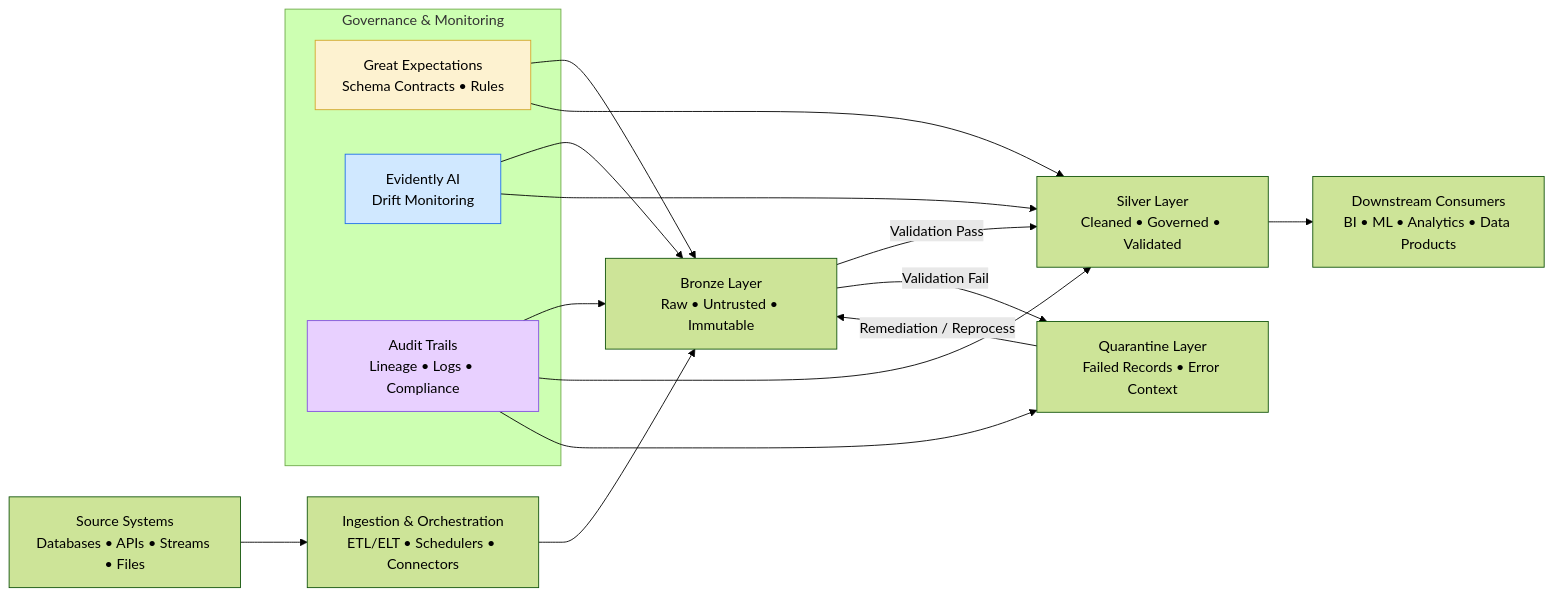
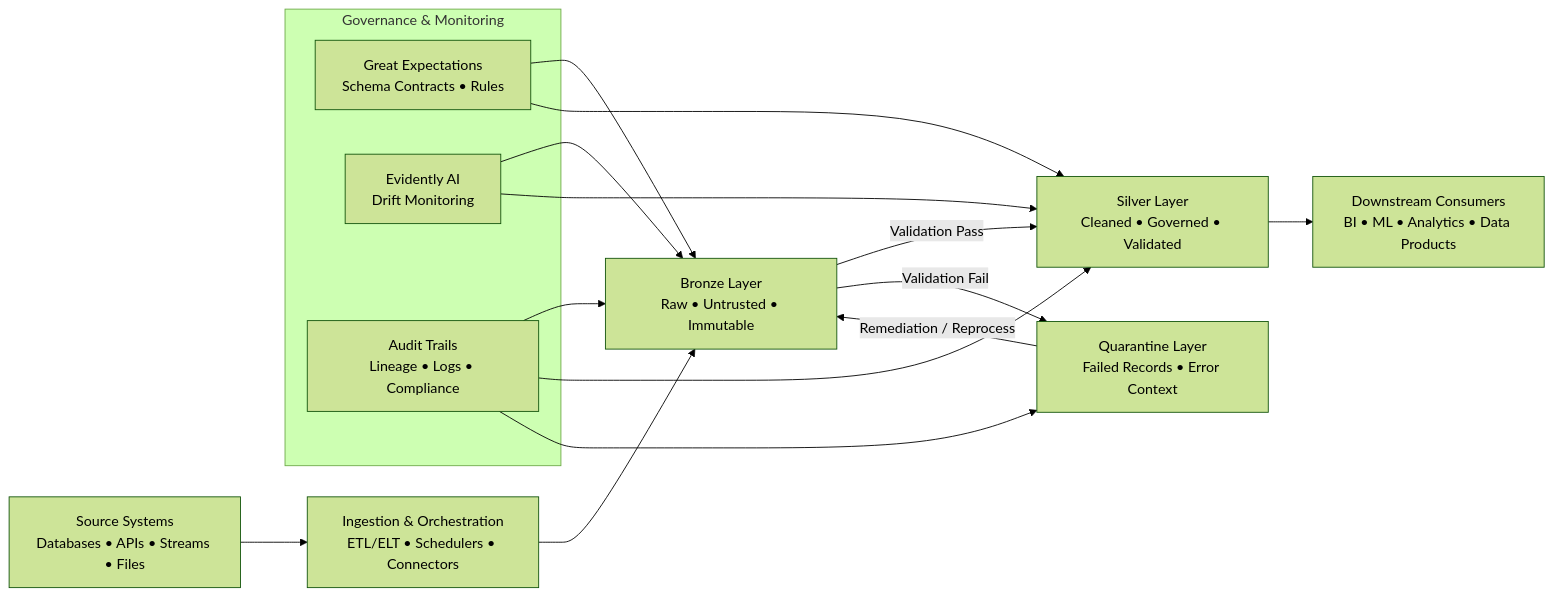
Before and after one commit to vrrgithub1/auditable-data-pipeline-governance: the diagram in README.md, drawn with Mermaid (forest theme). The commit also changed other lines of this file, not shown here.

Commit message:
README Updates from 3rd May 2026

````diff
--- a/README.md
+++ b/README.md
@@ -24,46 +25,27 @@
 ```mermaid
 flowchart LR
-    %% =========================
-    %% SOURCE & INGESTION
-    %% =========================
     A[Source Systems<br/>Databases • APIs • Streams • Files] --> B[Ingestion & Orchestration<br/>ETL/ELT • Schedulers • Connectors]
 
-    %% =========================
-    %% MEDALLION LAYERS
-    %% =========================
     B --> C[Bronze Layer<br/>Raw • Untrusted • Immutable]
 
     C -->|Validation Pass| D[Silver Layer<br/>Cleaned • Governed • Validated]
     C -->|Validation Fail| E[Quarantine Layer<br/>Failed Records • Error Context]
 
     E -->|Remediation / Reprocess| C
 
-    %% =========================
-    %% GOVERNANCE FRAMEWORKS
-    %% =========================
     subgraph Governance & Monitoring
-        GE[Great Expectations<br/>Schema Contracts • Rules]:::ge
-        EV[Evidently AI<br/>Drift Monitoring]:::ev
-        AT[Audit Trails<br/>Lineage • Logs • Compliance]:::at
+        GE[Great Expectations<br/>Schema Contracts • Rules]
+        EV[Evidently AI<br/>Drift Monitoring]
+        AT[Audit Trails<br/>Lineage • Logs • Compliance]
     end
 
     GE --> C
     GE --> D
     EV --> C
     EV --> D
     AT --> C
     AT --> D
     AT --> E
 
-    %% =========================
-    %% DOWNSTREAM
-    %% =========================
     D --> F[Downstream Consumers<br/>BI • ML • Analytics • Data Products]
-
-    %% =========================
-    %% STYLES
-    %% =========================
-    classDef ge fill:#fdf2d0,stroke:#d4a72c,stroke-width:1px;
-    classDef ev fill:#d0e8ff,stroke:#1f6feb,stroke-width:1px;
-    classDef at fill:#e8d0ff,stroke:#8250df,stroke-width:1px;
 ```
````
